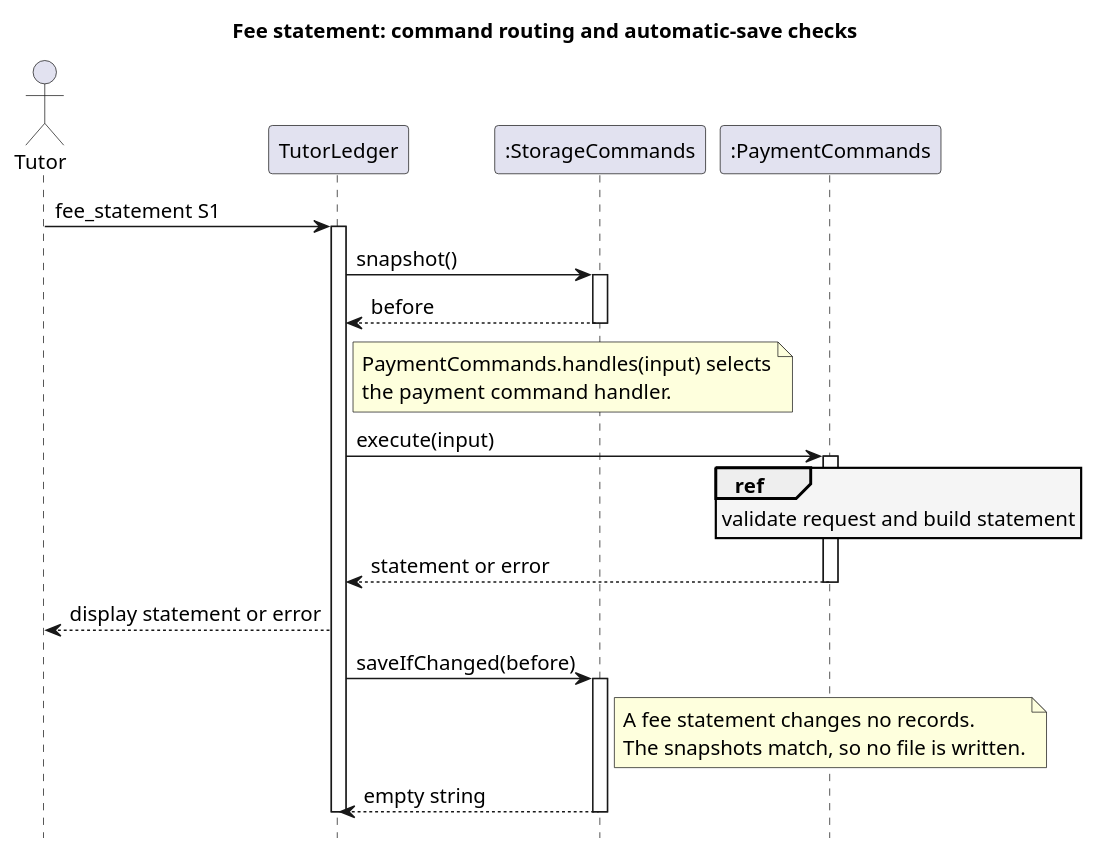
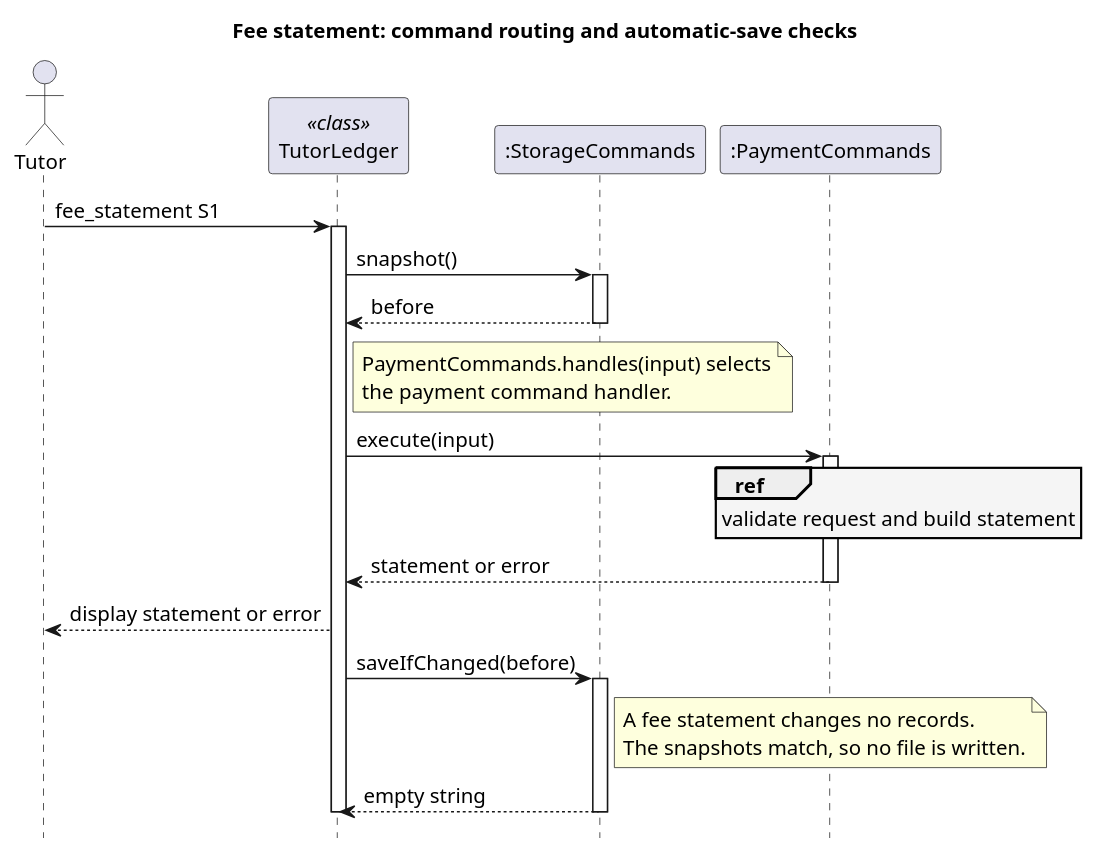
Before and after one commit to AY2627S1-CS2113-W12-2/tp: the diagram in docs/diagrams/fee-statement-overview-sequence.puml, drawn with PlantUML. The commit also changed 24 other files, not shown here.

Commit message:
DG: Add missing sequence diagrams and user stories, fix notation

```diff
--- a/docs/diagrams/fee-statement-overview-sequence.puml
+++ b/docs/diagrams/fee-statement-overview-sequence.puml
@@ -1,39 +1,39 @@
 @startuml
 skinparam backgroundColor white
 skinparam defaultFontSize 14
 skinparam shadowing false
 skinparam sequenceReferenceBackgroundColor #F5F5F5
 hide footbox
 title Fee statement: command routing and automatic-save checks
 
 actor Tutor
-participant "TutorLedger" as Main
+participant "TutorLedger" as Main <<class>>
 participant ":StorageCommands" as Persistence
 participant ":PaymentCommands" as Commands
 
 Tutor -> Main : fee_statement S1
 activate Main
 Main -> Persistence : snapshot()
 activate Persistence
 Persistence --> Main : before
 deactivate Persistence
 note right of Main
   PaymentCommands.handles(input) selects
   the payment command handler.
 end note
 Main -> Commands : execute(input)
 activate Commands
 ref over Commands : validate request and build statement
 Commands --> Main : statement or error
 deactivate Commands
 Main --> Tutor : display statement or error
 Main -> Persistence : saveIfChanged(before)
 activate Persistence
 note right of Persistence
   A fee statement changes no records.
   The snapshots match, so no file is written.
 end note
 Persistence --> Main : empty string
 deactivate Persistence
 deactivate Main
 @enduml
```
